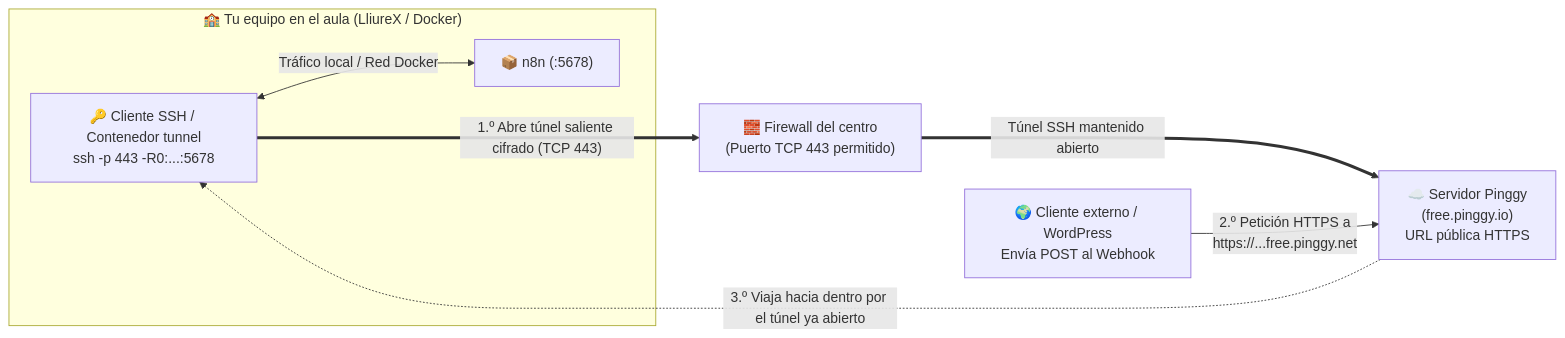
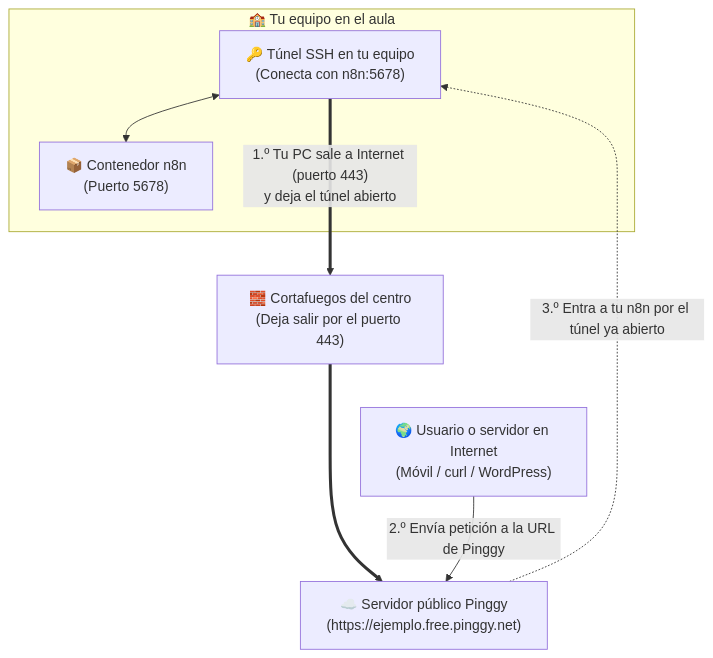
The fourth of 4 diagrams in asignaturas/psirii/docker/actividad1/index.md (Dellos7/informatica-eso-bat), drawn with Mermaid before and after one commit. The commit also changed other lines of this file, not shown here.

Commit message:
cambios act 1 docker psirii

````diff
--- a/asignaturas/psirii/docker/actividad1/index.md
+++ b/asignaturas/psirii/docker/actividad1/index.md
@@ -94,17 +279,17 @@
 ```mermaid
-flowchart LR
-    subgraph Aula2["🏫 Tu equipo en el aula (LliureX / Docker)"]
-        N8N2["📦 n8n (:5678)"]
-        SSH2["🔑 Cliente SSH / Contenedor tunnel<br/>ssh -p 443 -R0:...:5678"]
-        SSH2 <-->|"Tráfico local / Red Docker"| N8N2
+flowchart TD
+    subgraph Aula2["🏫 Tu equipo en el aula"]
+        N8N2["📦 Contenedor n8n<br/>(Puerto 5678)"]
+        SSH2["🔑 Túnel SSH en tu equipo<br/>(Conecta con n8n:5678)"]
+        SSH2 <--> N8N2
     end
 
-    FW2["🧱 Firewall del centro<br/>(Puerto TCP 443 permitido)"]
-    PINGGY["☁️ Servidor Pinggy<br/>(free.pinggy.io)<br/>URL pública HTTPS"]
-    EXT2["🌍 Cliente externo / WordPress<br/>Envía POST al Webhook"]
+    FW2["🧱 Cortafuegos del centro<br/>(Deja salir por el puerto 443)"]
+    PINGGY["☁️ Servidor público Pinggy<br/>(https://ejemplo.free.pinggy.net)"]
+    EXT2["🌍 Usuario o servidor en Internet<br/>(Móvil / curl / WordPress)"]
 
-    SSH2 ===>|"1.º Abre túnel saliente cifrado (TCP 443)"| FW2
-    FW2 ===>|"Túnel SSH mantenido abierto"| PINGGY
-    EXT2 -->|"2.º Petición HTTPS a<br/>https://...free.pinggy.net"| PINGGY
-    PINGGY -.->|"3.º Viaja hacia dentro por el túnel ya abierto"| SSH2
+    SSH2 ===>|"1.º Tu PC sale a Internet (puerto 443)<br/>y deja el túnel abierto"| FW2
+    FW2 ===> PINGGY
+    EXT2 -->|"2.º Envía petición a la URL de Pinggy"| PINGGY
+    PINGGY -.->|"3.º Entra a tu n8n por el túnel ya abierto"| SSH2
 ```
````
